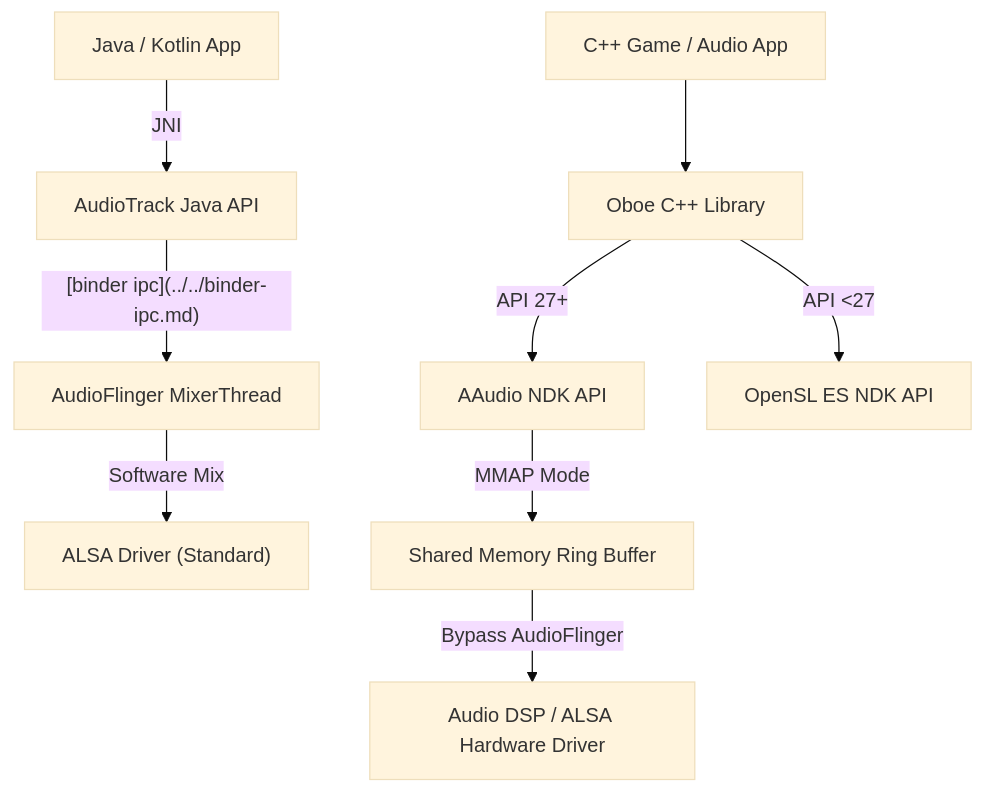
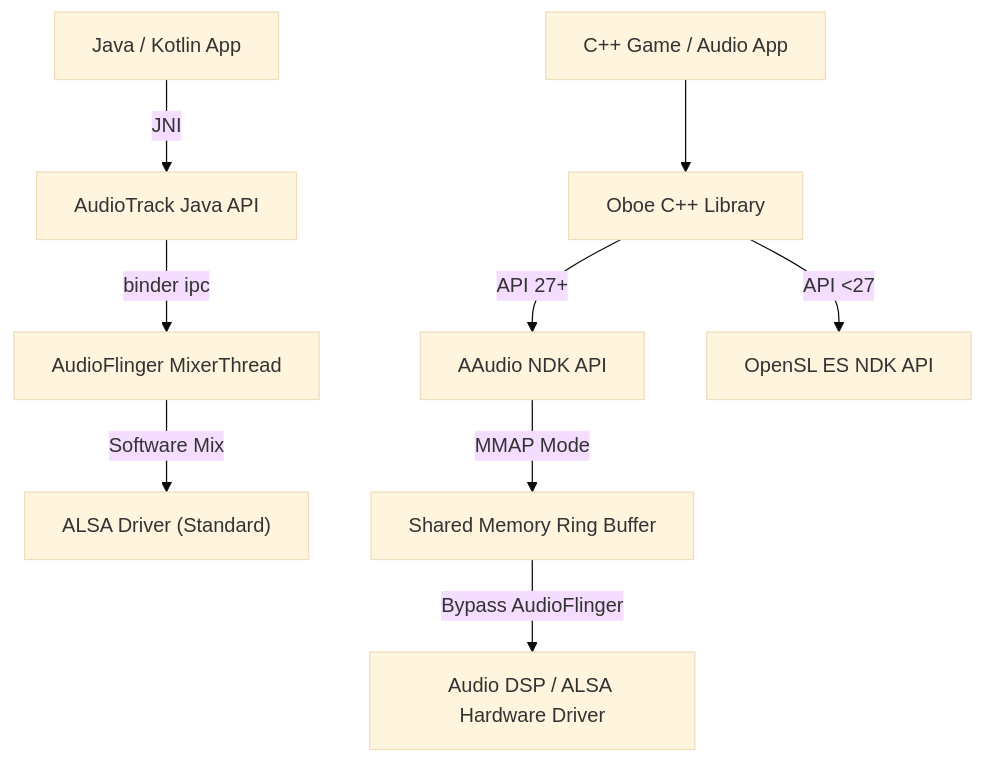
Before and after one commit to youngmin-gwon/what-i-studied: the diagram in 01_inbox/mobile/android/01_system_internals/graphics-and-media/graphics-media-contracts/audiotrack-aaudio-and-oboe-choose-latency-and-portability-tradeoffs.md, drawn with Mermaid (base theme). The commit also changed 68 other files, not shown here.

````diff
--- a/01_inbox/mobile/android/01_system_internals/graphics-and-media/graphics-media-contracts/audiotrack-aaudio-and-oboe-choose-latency-and-portability-tradeoffs.md
+++ b/01_inbox/mobile/android/01_system_internals/graphics-and-media/graphics-media-contracts/audiotrack-aaudio-and-oboe-choose-latency-and-portability-tradeoffs.md
@@ -29,13 +29,13 @@
 ```mermaid
 graph TD
     AppJava[Java / Kotlin App] -->|"JNI"| AudioTrack[AudioTrack Java API]
-    AudioTrack -->|"[binder ipc](../../binder-ipc.md)"| AudioFlinger[AudioFlinger MixerThread]
+    AudioTrack -->|"binder ipc"| AudioFlinger[AudioFlinger MixerThread]
     AudioFlinger -->|"Software Mix"| ALSA_Standard["ALSA Driver (Standard)"]
 
     AppNative[C++ Game / Audio App] --> Oboe[Oboe C++ Library]
     Oboe -->|"API 27+"| AAudio[AAudio NDK API]
     Oboe -->|"API <27"| OpenSLES[OpenSL ES NDK API]
     
     AAudio -->|"MMAP Mode"| SharedRingBuffer[Shared Memory Ring Buffer]
     SharedRingBuffer -->|"Bypass AudioFlinger"| DSP_Driver[Audio DSP / ALSA Hardware Driver]
 ```
````
